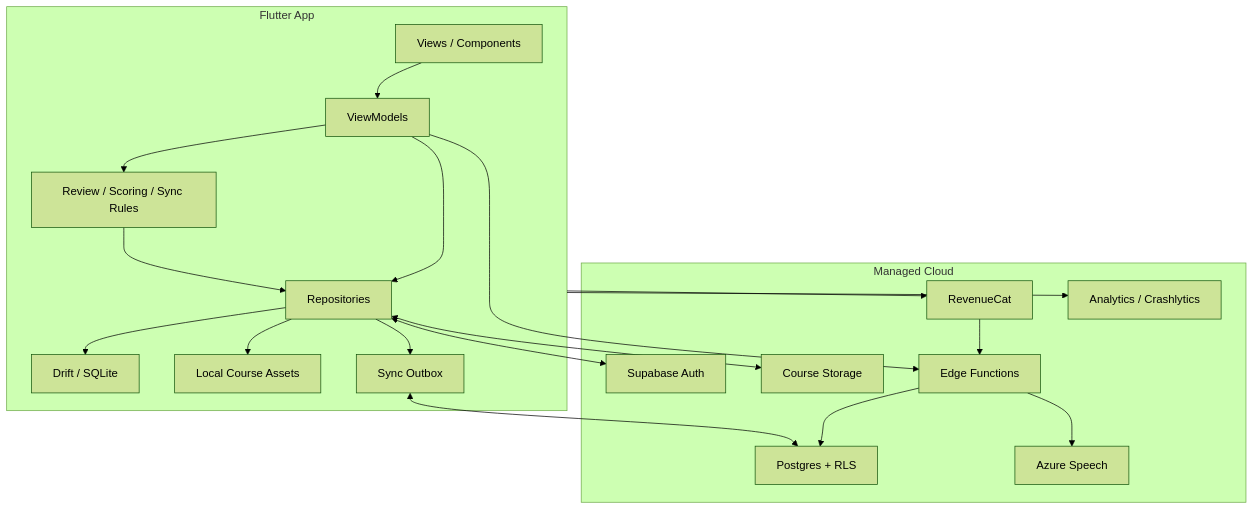
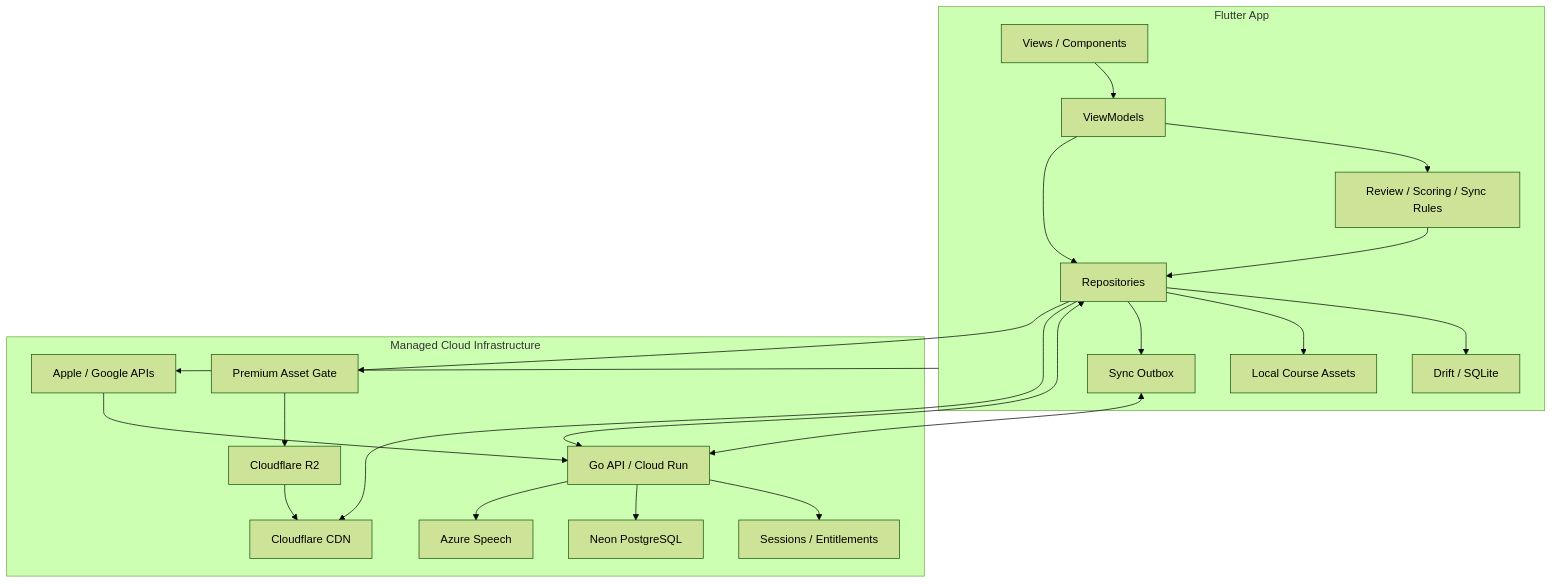
The diagram in docs/开发方案.md (HieronymusF/mandarin-mission), drawn with Mermaid (forest theme) before and after one commit. The commit also changed other lines of this file and 28 other files, not shown here.

````diff
--- a/docs/开发方案.md
+++ b/docs/开发方案.md
@@ -98,39 +100,42 @@
 ```mermaid
 flowchart TB
     subgraph App["Flutter App"]
         UI["Views / Components"]
         VM["ViewModels"]
         DOMAIN["Review / Scoring / Sync Rules"]
         REPO["Repositories"]
         DB["Drift / SQLite"]
         MEDIA["Local Course Assets"]
         OUTBOX["Sync Outbox"]
         UI --> VM
         VM --> DOMAIN
         VM --> REPO
         DOMAIN --> REPO
         REPO --> DB
         REPO --> MEDIA
         REPO --> OUTBOX
     end
 
-    subgraph Cloud["Managed Cloud"]
-        AUTH["Supabase Auth"]
-        PG["Postgres + RLS"]
-        STORAGE["Course Storage"]
-        EDGE["Edge Functions"]
+    subgraph Cloud["Managed Cloud Infrastructure"]
+        API["Go API / Cloud Run"]
+        AUTH["Sessions / Entitlements"]
+        PG["Neon PostgreSQL"]
+        STORAGE["Cloudflare R2"]
+        CDN["Cloudflare CDN"]
+        GATE["Premium Asset Gate"]
         SPEECH["Azure Speech"]
-        RC["RevenueCat"]
-        FIREBASE["Analytics / Crashlytics"]
-        EDGE --> SPEECH
-        RC --> EDGE
-        EDGE --> PG
+        STORE["Apple / Google APIs"]
+        API --> AUTH
+        API --> PG
+        API --> SPEECH
+        STORE --> API
+        STORAGE --> CDN
+        GATE --> STORAGE
     end
 
-    REPO <--> AUTH
-    OUTBOX <--> PG
-    REPO <--> STORAGE
-    VM --> EDGE
-    App --> RC
-    App --> FIREBASE
+    REPO <--> API
+    OUTBOX <--> API
+    REPO --> CDN
+    REPO --> GATE
+    App --> STORE
 ```
````
